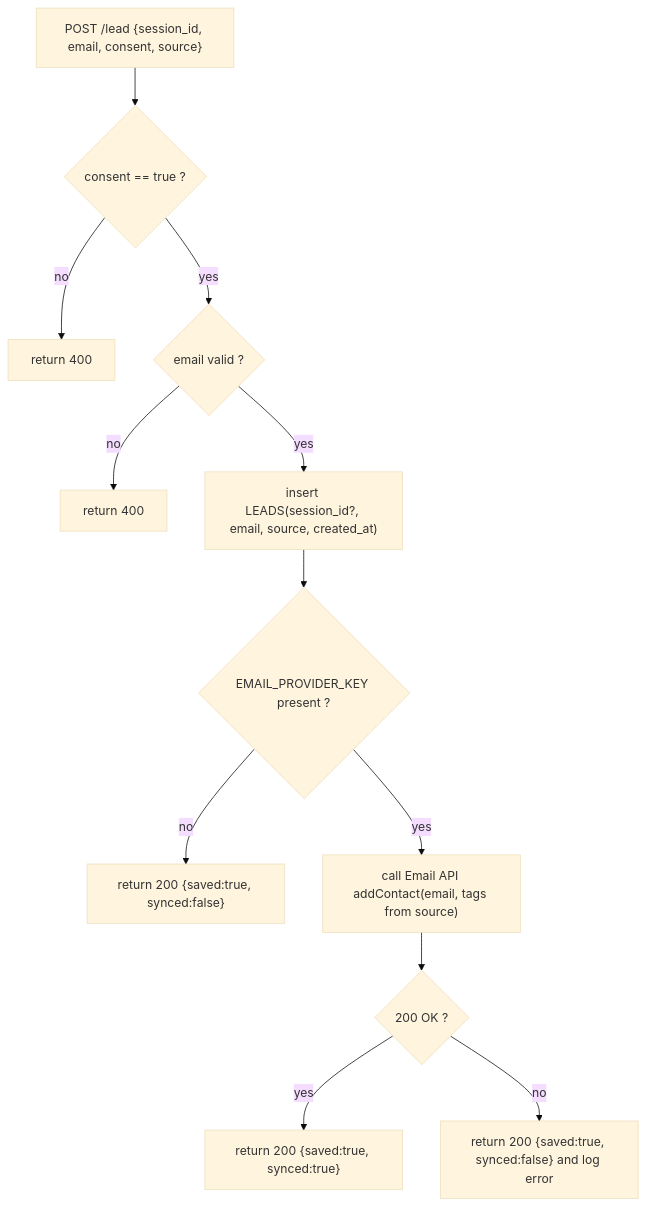
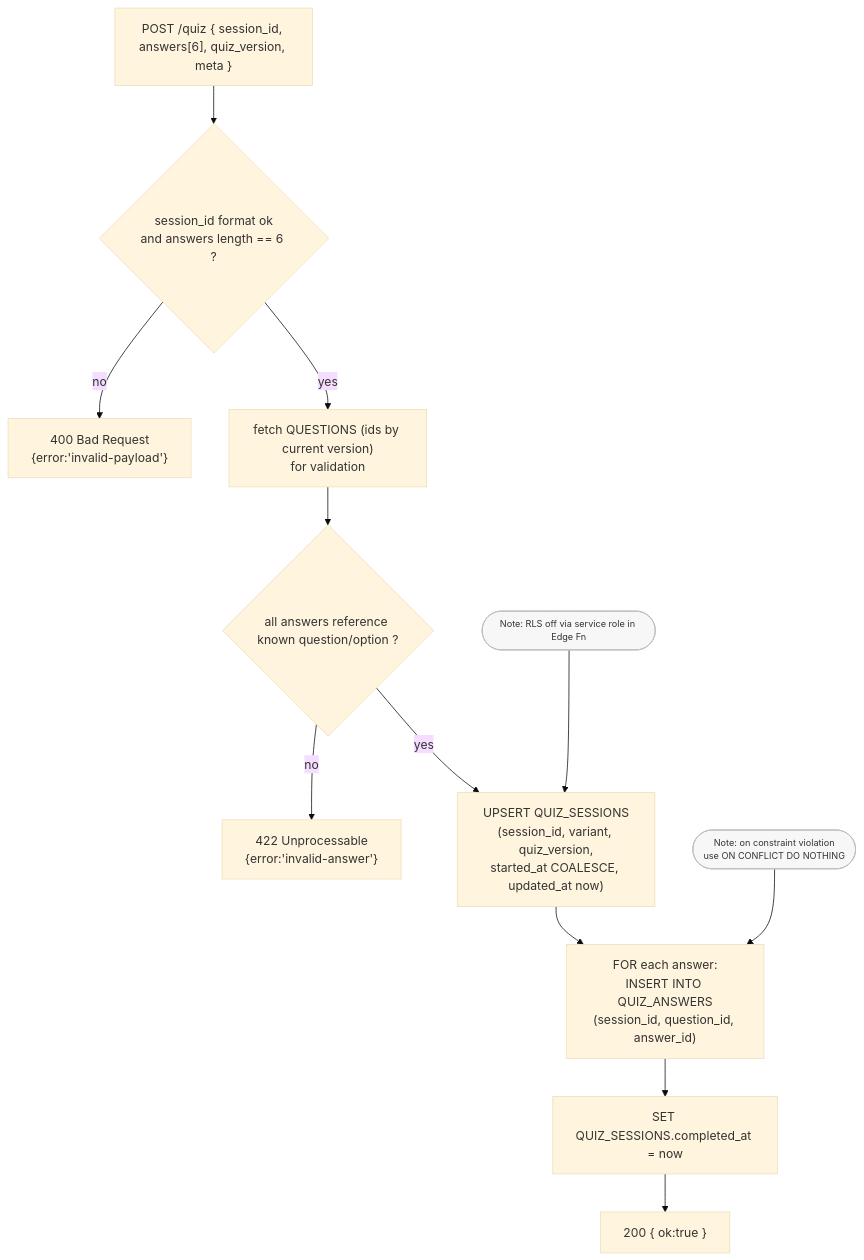
Before and after one commit to alexandrafofel/brightfutureahead: the diagram in content/app-web/architecture/pre-mvp/03-backend-api/post-quiz-validate-save.mmd, drawn with Mermaid (base theme). The commit also changed 36 other files, not shown here.

Commit message:
chore(architecture): update diagrams to close gaps

```diff
--- a/content/app-web/architecture/pre-mvp/03-backend-api/post-quiz-validate-save.mmd
+++ b/content/app-web/architecture/pre-mvp/03-backend-api/post-quiz-validate-save.mmd
@@ -1,12 +1,20 @@
 flowchart TD
-  A["POST /lead {session_id, email, consent, source}"] --> B{"consent == true ?"}
-  B -- no --> BX["return 400"]
-  B -- yes --> C{"email valid ?"}
-  C -- no --> CX["return 400"]
-  C -- yes --> D["insert LEADS(session_id?, email, source, created_at)"]
-  D --> E{"EMAIL_PROVIDER_KEY present ?"}
-  E -- no --> F["return 200 {saved:true, synced:false}"]
-  E -- yes --> G["call Email API addContact(email, tags from source)"]
-  G --> H{"200 OK ?"}
-  H -- yes --> I["return 200 {saved:true, synced:true}"]
-  H -- no --> J["return 200 {saved:true, synced:false} and log error"]
+  %% POST /quiz — Validate & Save (with quiz_version)
+
+  A["POST /quiz { session_id, answers[6], quiz_version, meta }"]
+    --> B{"session_id format ok\nand answers length == 6 ?"}
+  B -- no --> Bx["400 Bad Request\n{error:'invalid-payload'}"]
+
+  B -- yes --> C["fetch QUESTIONS (ids by current version)\nfor validation"]
+  C --> D{"all answers reference known question/option ?"}
+  D -- no --> Dx["422 Unprocessable\n{error:'invalid-answer'}"]
+
+  D -- yes --> E["UPSERT QUIZ_SESSIONS\n(session_id, variant, quiz_version,\nstarted_at COALESCE, updated_at now)"]
+  E --> F["FOR each answer:\nINSERT INTO QUIZ_ANSWERS\n(session_id, question_id, answer_id)"]
+  F --> G["SET QUIZ_SESSIONS.completed_at = now"]
+  G --> H["200 { ok:true }"]
+
+  %% Side-effects / notes
+  classDef note fill:#f7f7f7,stroke:#bbb,color:#333,font-size:12px;
+  N1(["Note: RLS off via service role in Edge Fn"]):::note --> E
+  N2(["Note: on constraint violation\nuse ON CONFLICT DO NOTHING"]):::note --> F
```
